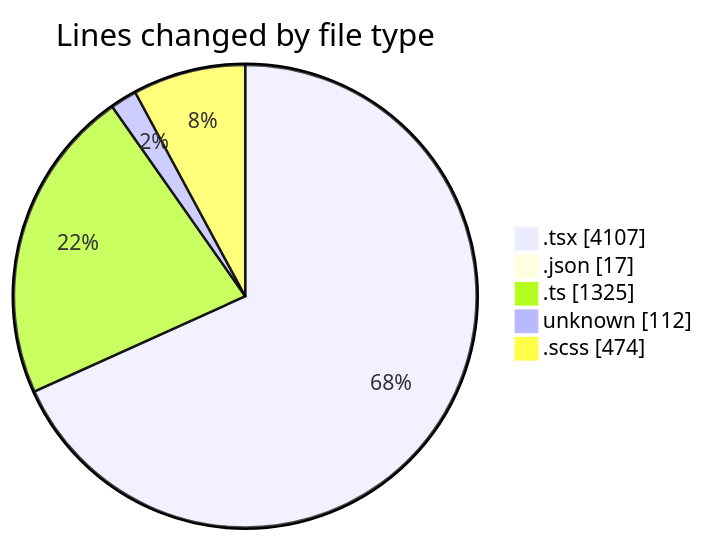
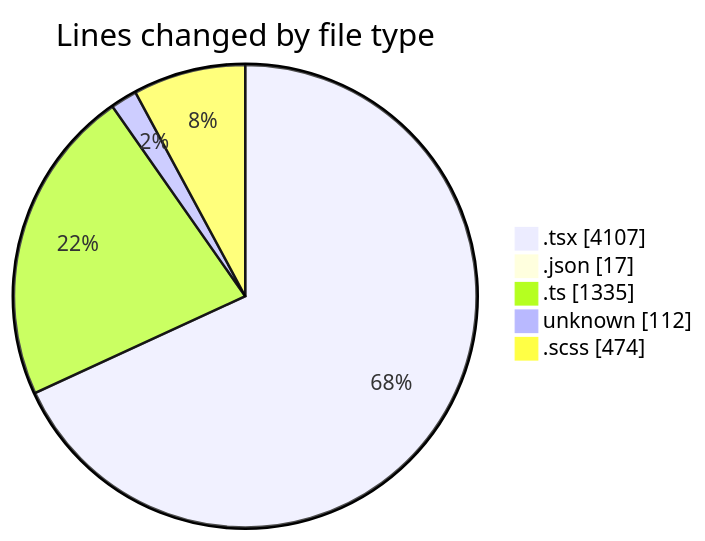
One commit to momahboobian/code-tracking changed the first of 2 diagrams in 2026-04-30/cda/README.md. Above: the diagram before and after it, drawn with Mermaid. The commit also changed other lines of this file and 1 other file, not shown here.

````diff
--- a/2026-04-30/cda/README.md
+++ b/2026-04-30/cda/README.md
@@ -67,9 +67,9 @@
 ```mermaid
 pie showData
 title Lines changed by file type
 ".tsx" : 4107
 ".json" : 17
-".ts" : 1325
+".ts" : 1335
 "unknown" : 112
 ".scss" : 474
 ```
````
